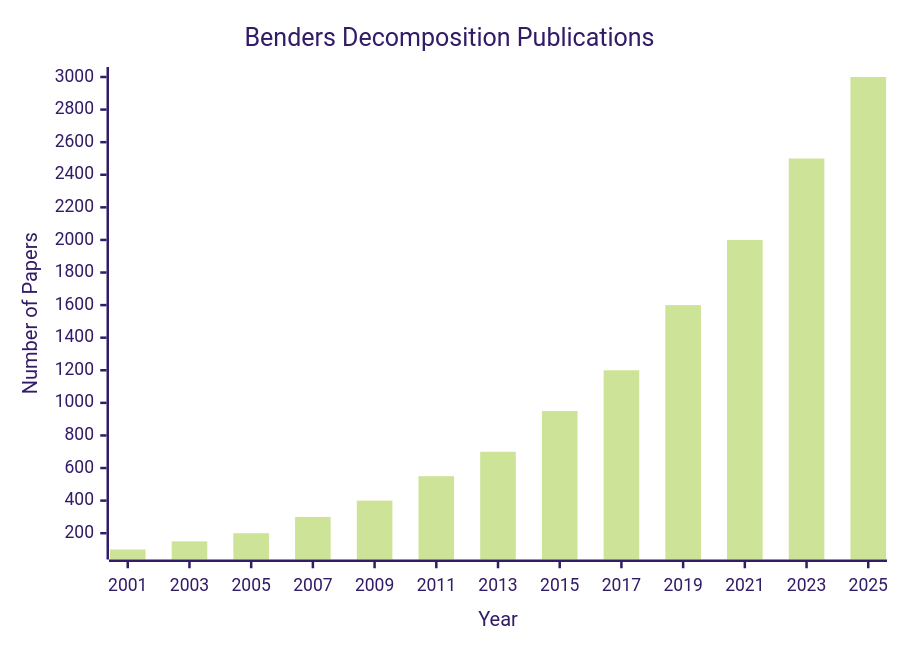
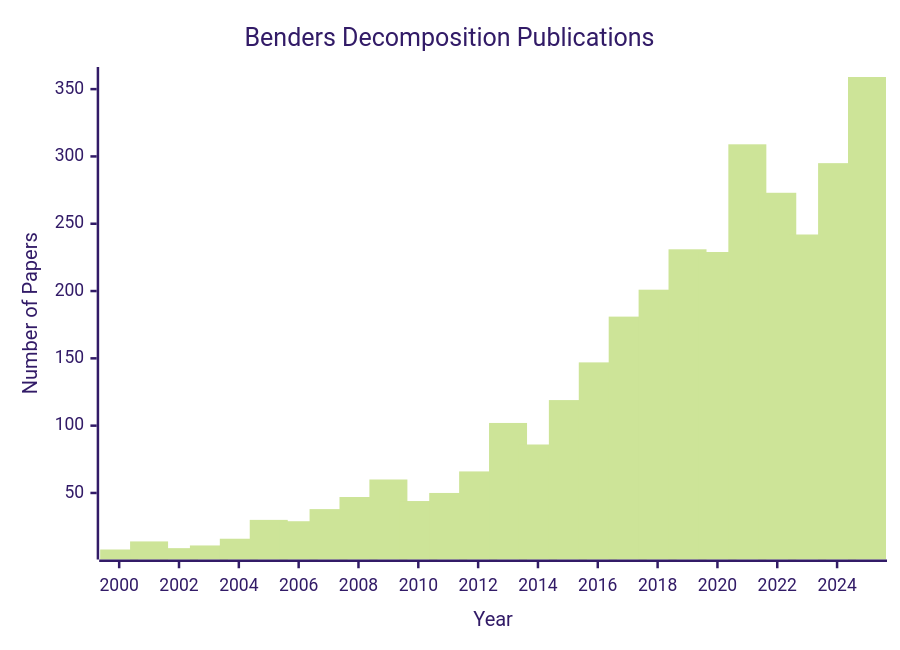
Before and after one commit to sharabhshukla/BendersLib: the diagram in docs/source/manual/index.rst, drawn with Mermaid (forest theme). The commit also changed other lines of this file, not shown here.

```diff
--- a/docs/source/manual/index.rst
+++ b/docs/source/manual/index.rst
@@ -14,8 +14,8 @@
 .. mermaid::
    :align: center
 
    xychart-beta
      title "Benders Decomposition Publications"
-     x-axis "Year" [2001, 2003, 2005, 2007, 2009, 2011, 2013, 2015, 2017, 2019, 2021, 2023, 2025]
+     x-axis "Year" 2000 --> 2025
      y-axis "Number of Papers"
-     bar [100, 150, 200, 300, 400, 550, 700, 950, 1200, 1600, 2000, 2500, 3000]
+     bar [8, 14, 9, 11, 16, 30, 29, 38, 47, 60, 44, 50, 66, 102, 86, 119, 147, 181, 201, 231, 229, 309, 273, 242, 295, 359]
```
